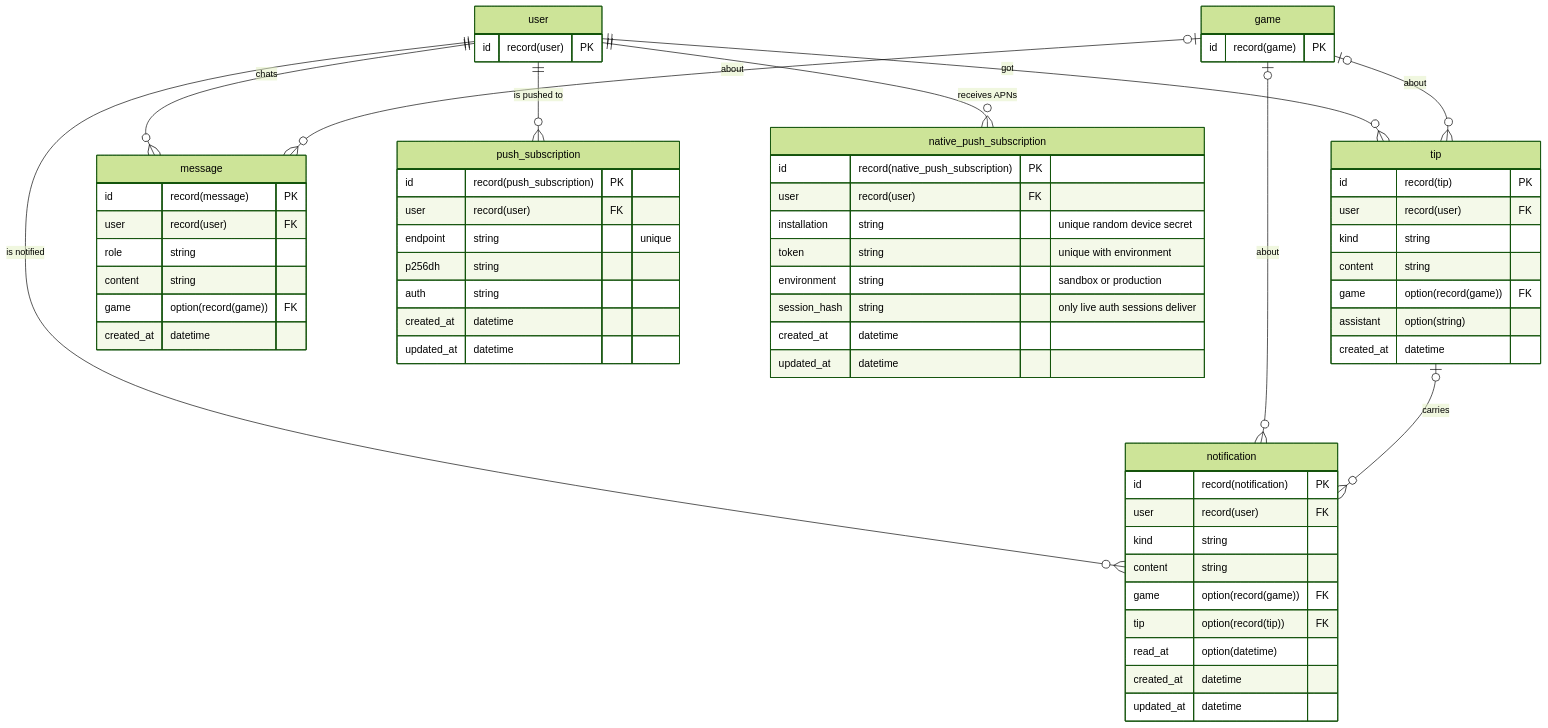
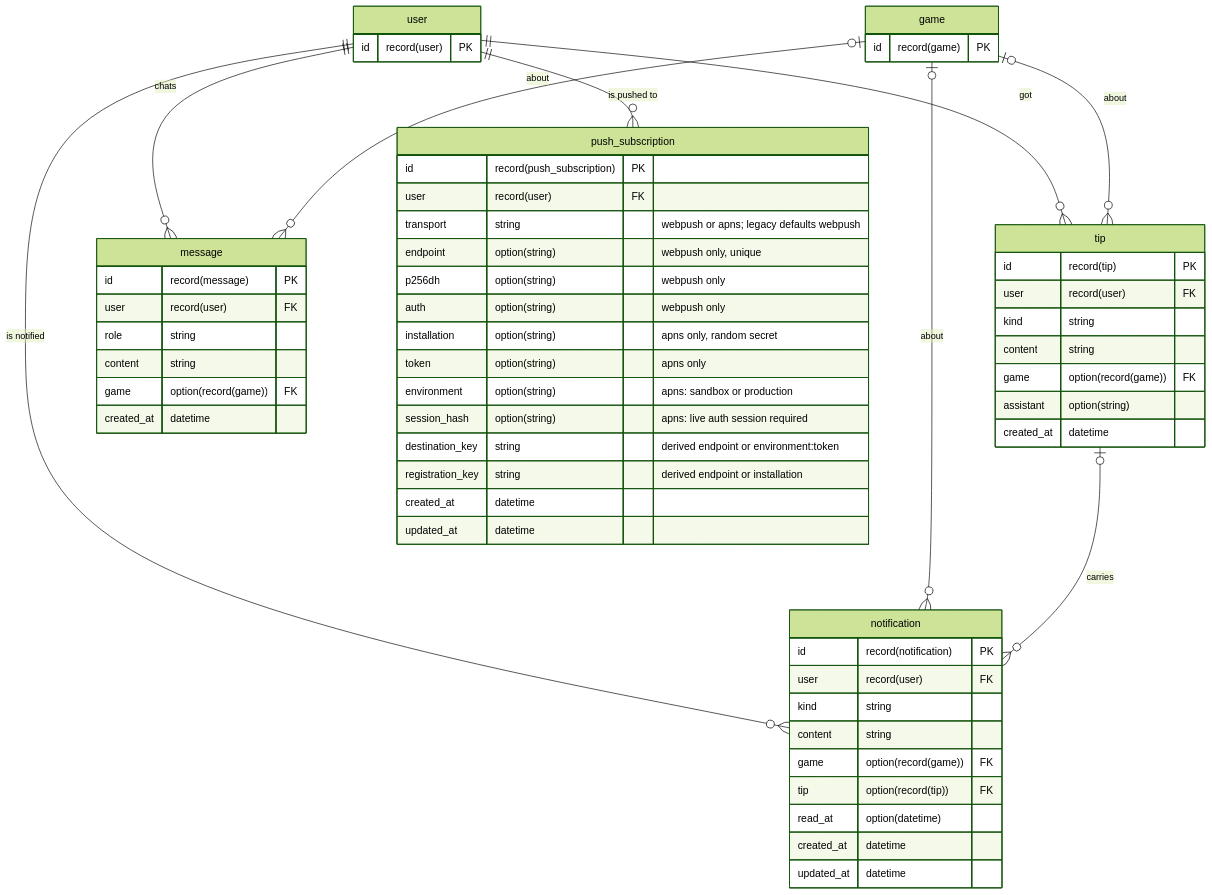
Before and after one commit to renatoaug/platjourney: the third of 5 diagrams in docs/design/04-database.md, drawn with Mermaid (forest theme). The commit also changed other lines of this file and 11 other files, not shown here.

Commit message:
refactor(db): unify push subscriptions by transport

````diff
--- a/docs/design/04-database.md
+++ b/docs/design/04-database.md
@@ -192,65 +192,61 @@
 ```mermaid
 erDiagram
     user ||--o{ tip : "got"
     game |o--o{ tip : "about"
     user ||--o{ message : "chats"
     game |o--o{ message : "about"
     user ||--o{ notification : "is notified"
     game |o--o{ notification : "about"
     tip |o--o{ notification : "carries"
     user ||--o{ push_subscription : "is pushed to"
-    user ||--o{ native_push_subscription : "receives APNs"
-    native_push_subscription {
-        id record(native_push_subscription) PK
-        user record(user) FK
-        installation string "unique random device secret"
-        token string "unique with environment"
-        environment string "sandbox or production"
-        session_hash string "only live auth sessions deliver"
-        created_at datetime
-        updated_at datetime
-    }
     tip {
         id record(tip) PK
         user record(user) FK
         kind string
         content string
         game option(record(game)) FK
         assistant option(string)
         created_at datetime
     }
     message {
         id record(message) PK
         user record(user) FK
         role string
         content string
         game option(record(game)) FK
         created_at datetime
     }
     notification {
         id record(notification) PK
         user record(user) FK
         kind string
         content string
         game option(record(game)) FK
         tip option(record(tip)) FK
         read_at option(datetime)
         created_at datetime
         updated_at datetime
     }
     push_subscription {
         id record(push_subscription) PK
         user record(user) FK
-        endpoint string "unique"
-        p256dh string
-        auth string
+        transport string "webpush or apns; legacy defaults webpush"
+        endpoint option(string) "webpush only, unique"
+        p256dh option(string) "webpush only"
+        auth option(string) "webpush only"
+        installation option(string) "apns only, random secret"
+        token option(string) "apns only"
+        environment option(string) "apns: sandbox or production"
+        session_hash option(string) "apns: live auth session required"
+        destination_key string "derived endpoint or environment:token"
+        registration_key string "derived endpoint or installation"
         created_at datetime
         updated_at datetime
     }
     user {
         id record(user) PK
     }
     game {
         id record(game) PK
     }
 ```
````
